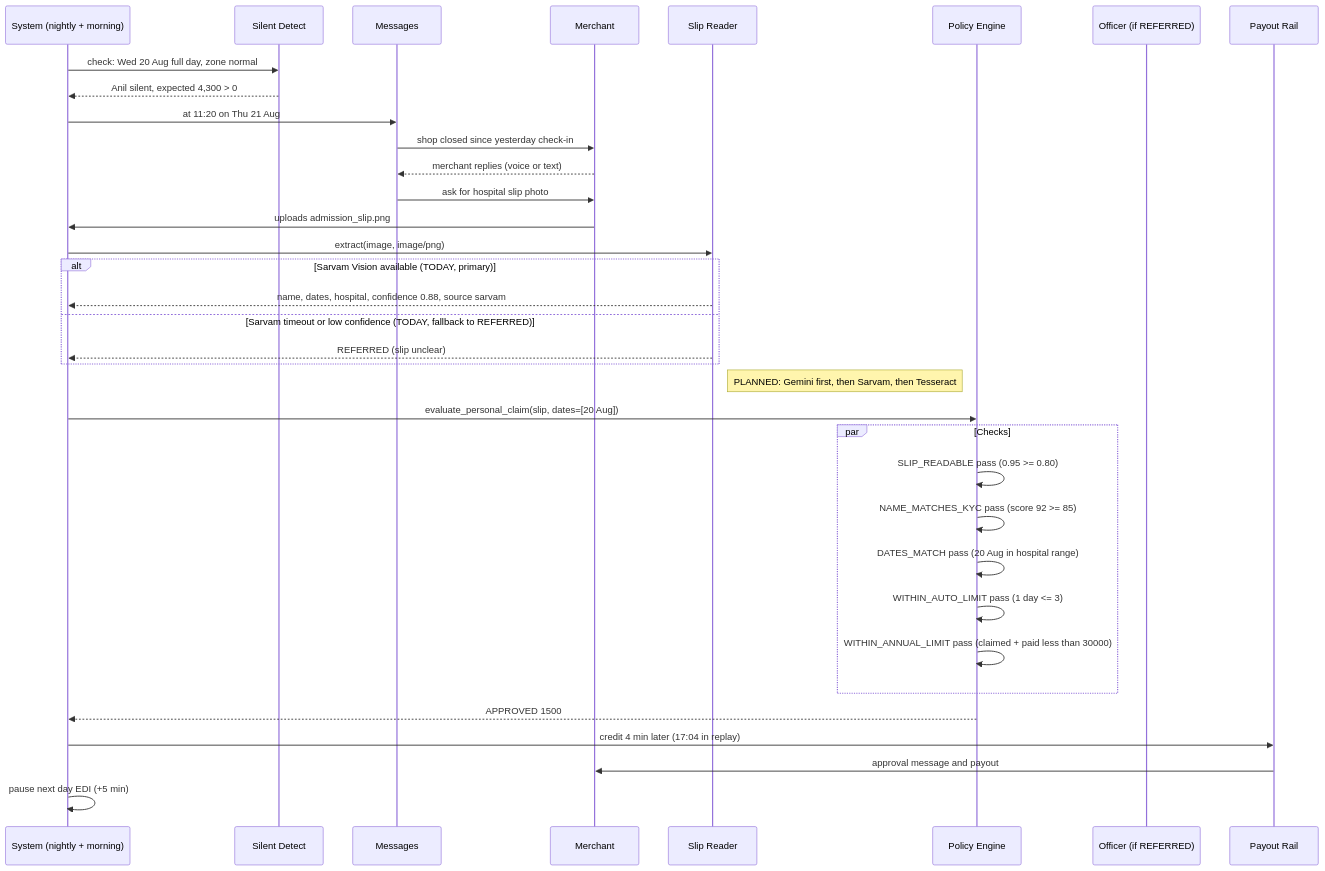
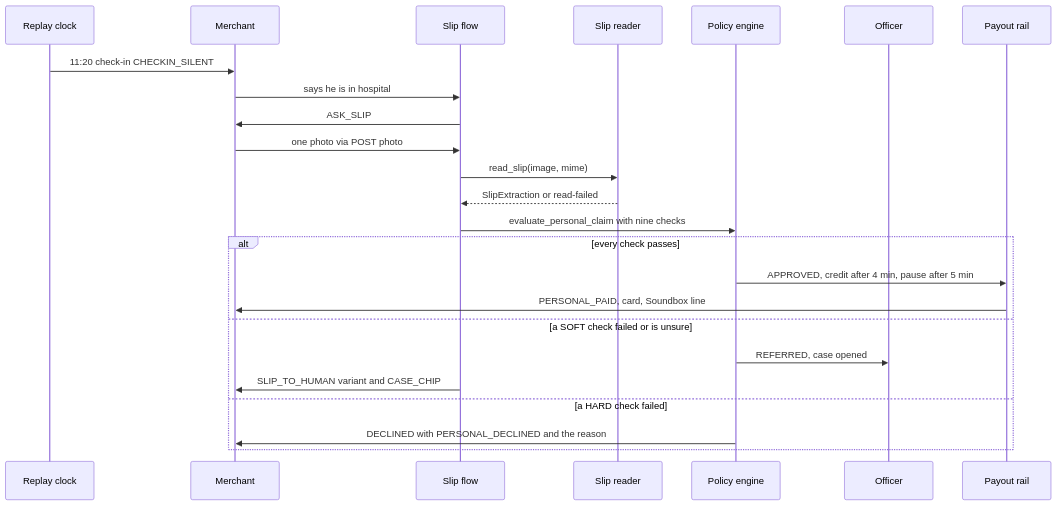
The first of 4 diagrams in docs/02-product/feature-specs/fs-02-hospital-cash-claim.md (UjjwalPardeshi/Chhatri), drawn with Mermaid before and after one commit. The commit also changed other lines of this file and 57 other files, not shown here.

````diff
--- a/docs/02-product/feature-specs/fs-02-hospital-cash-claim.md
+++ b/docs/02-product/feature-specs/fs-02-hospital-cash-claim.md
@@ -85,38 +140,27 @@
 ```mermaid
 sequenceDiagram
-    participant Sys as System (nightly + morning)
-    participant Sil as Silent Detect
-    participant Msg as Messages
+    participant Clk as Replay clock
     participant Mer as Merchant
-    participant Slip as Slip Reader
-    participant Pol as Policy Engine
-    participant Off as Officer (if REFERRED)
-    participant Pyt as Payout Rail
+    participant Flow as Slip flow
+    participant Rd as Slip reader
+    participant Eng as Policy engine
+    participant Ofc as Officer
+    participant Pay as Payout rail
 
-    Sys->>Sil: check: Wed 20 Aug full day, zone normal
-    Sil-->>Sys: Anil silent, expected 4,300 > 0
-    Sys->>Msg: at 11:20 on Thu 21 Aug
-    Msg->>Mer: shop closed since yesterday check-in
-    Mer-->>Msg: merchant replies (voice or text)
-    Msg->>Mer: ask for hospital slip photo
-    Mer->>Sys: uploads admission_slip.png
-    Sys->>Slip: extract(image, image/png)
-    alt Sarvam Vision available (TODAY, primary)
-        Slip-->>Sys: name, dates, hospital, confidence 0.88, source sarvam
-    else Sarvam timeout or low confidence (TODAY, fallback to REFERRED)
-        Slip-->>Sys: REFERRED (slip unclear)
+    Clk->>Mer: 11:20 check-in CHECKIN_SILENT
+    Mer->>Flow: says he is in hospital
+    Flow->>Mer: ASK_SLIP
+    Mer->>Flow: one photo via POST photo
+    Flow->>Rd: read_slip(image, mime)
+    Rd-->>Flow: SlipExtraction or read-failed
+    Flow->>Eng: evaluate_personal_claim with nine checks
+    alt every check passes
+        Eng->>Pay: APPROVED, credit after 4 min, pause after 5 min
+        Pay->>Mer: PERSONAL_PAID, card, Soundbox line
+    else a SOFT check failed or is unsure
+        Eng->>Ofc: REFERRED, case opened
+        Flow->>Mer: SLIP_TO_HUMAN variant and CASE_CHIP
+    else a HARD check failed
+        Eng->>Mer: DECLINED with PERSONAL_DECLINED and the reason
     end
-    Note right of Slip: PLANNED: Gemini first, then Sarvam, then Tesseract
-    Sys->>Pol: evaluate_personal_claim(slip, dates=[20 Aug])
-    par Checks
-        Pol->>Pol: SLIP_READABLE pass (0.95 >= 0.80)
-        Pol->>Pol: NAME_MATCHES_KYC pass (score 92 >= 85)
-        Pol->>Pol: DATES_MATCH pass (20 Aug in hospital range)
-        Pol->>Pol: WITHIN_AUTO_LIMIT pass (1 day <= 3)
-        Pol->>Pol: WITHIN_ANNUAL_LIMIT pass (claimed + paid less than 30000)
-    end
-    Pol-->>Sys: APPROVED 1500
-    Sys->>Pyt: credit 4 min later (17:04 in replay)
-    Pyt->>Mer: approval message and payout
-    Sys->>Sys: pause next day EDI (+5 min)
 ```
````
